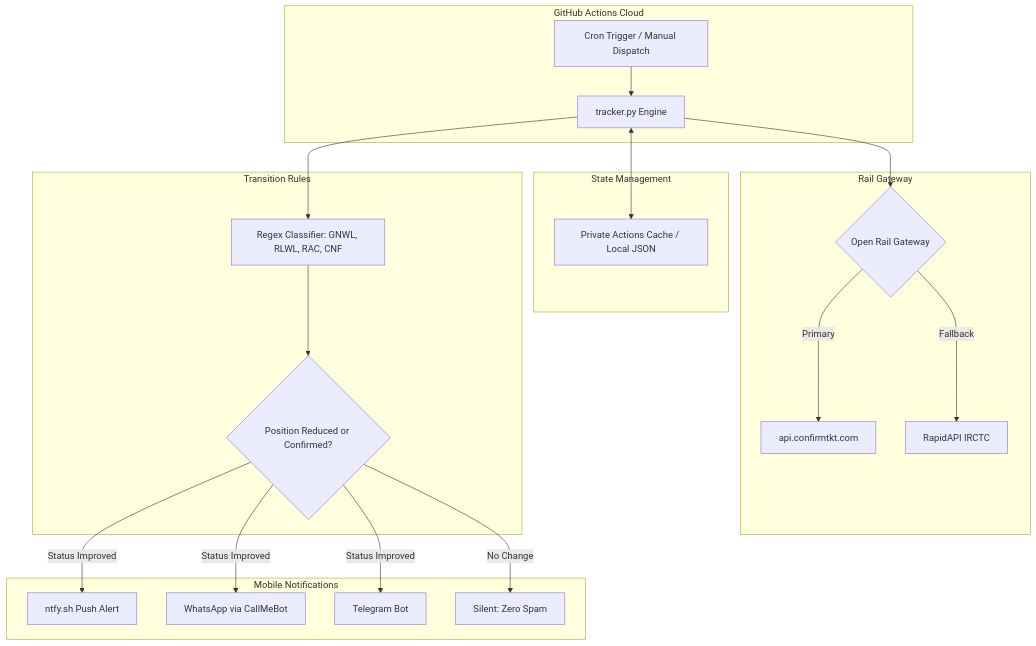
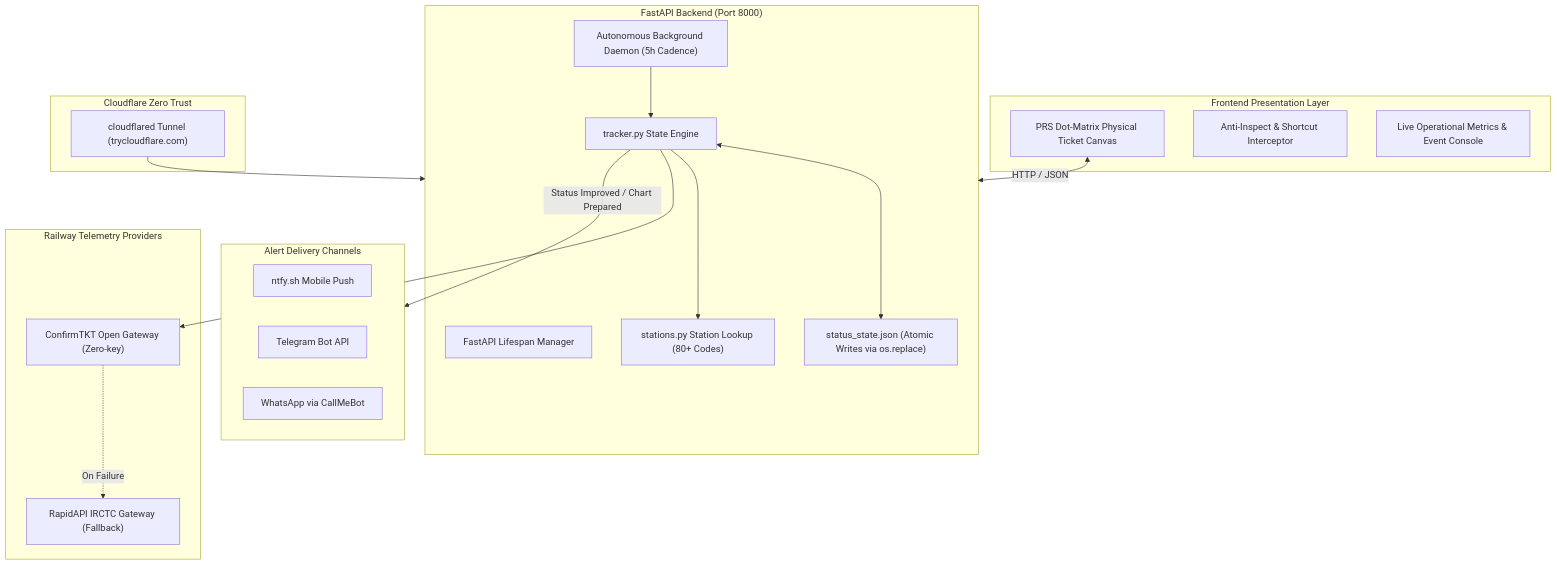
One commit to imshivanshutiwari/irctc-pnr-notifier changed the diagram in README.md. Above: the diagram before and after it, drawn with Mermaid. The commit also changed other lines of this file, not shown here.

Commit message:
docs: update README.md with PRS ticket canvas, Vande Bharat artwork, Cloudflare tunnel, and 47-test suite

````diff
--- a/README.md
+++ b/README.md
@@ -28,28 +52,40 @@
 ```mermaid
 flowchart TD
-    subgraph Cloud["GitHub Actions Cloud"]
-        Cron["Cron Trigger / Manual Dispatch"] --> Engine["tracker.py Engine"]
+    subgraph Client["Frontend Presentation Layer"]
+        UI["PRS Dot-Matrix Physical Ticket Canvas"]
+        AntiInspect["Anti-Inspect & Shortcut Interceptor"]
+        TelematicsBar["Live Operational Metrics & Event Console"]
     end
 
-    subgraph RailAPI["Rail Gateway"]
-        Engine --> Gateway{"Open Rail Gateway"}
-        Gateway -->|Primary| OpenRail["api.confirmtkt.com"]
-        Gateway -->|Fallback| RapidAPI["RapidAPI IRCTC"]
+    subgraph Server["FastAPI Backend (Port 8000)"]
+        Lifespan["FastAPI Lifespan Manager"]
+        Daemon["Autonomous Background Daemon (5h Cadence)"]
+        Tracker["tracker.py State Engine"]
+        StationDB["stations.py Station Lookup (80+ Codes)"]
+        Persistence["status_state.json (Atomic Writes via os.replace)"]
     end
 
-    subgraph State["State Management"]
-        Engine <--> Cache["Private Actions Cache / Local JSON"]
+    subgraph Gateways["Railway Telemetry Providers"]
+        PrimaryGW["ConfirmTKT Open Gateway (Zero-key)"]
+        FallbackGW["RapidAPI IRCTC Gateway (Fallback)"]
     end
 
-    subgraph Detection["Transition Rules"]
-        Engine --> Classifier["Regex Classifier: GNWL, RLWL, RAC, CNF"]
-        Classifier --> Diff{"Position Reduced or Confirmed?"}
+    subgraph Dispatch["Alert Delivery Channels"]
+        ntfy["ntfy.sh Mobile Push"]
+        TG["Telegram Bot API"]
+        WA["WhatsApp via CallMeBot"]
     end
 
-    subgraph Alerts["Mobile Notifications"]
-        Diff -->|Status Improved| Push["ntfy.sh Push Alert"]
-        Diff -->|Status Improved| WA["WhatsApp via CallMeBot"]
-        Diff -->|Status Improved| TG["Telegram Bot"]
-        Diff -->|No Change| Silent["Silent: Zero Spam"]
+    subgraph Edge["Cloudflare Zero Trust"]
+        CFTunnel["cloudflared Tunnel (trycloudflare.com)"]
     end
+
+    UI <-->|HTTP / JSON| Server
+    CFTunnel --> Server
+    Daemon --> Tracker
+    Tracker <--> Persistence
+    Tracker --> StationDB
+    Tracker --> PrimaryGW
+    PrimaryGW -.->|On Failure| FallbackGW
+    Tracker -->|Status Improved / Chart Prepared| Dispatch
 ```
````
